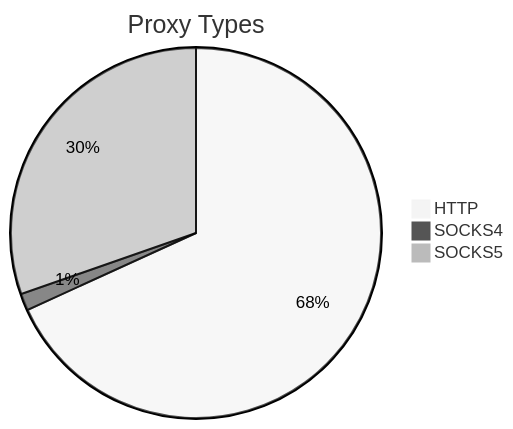
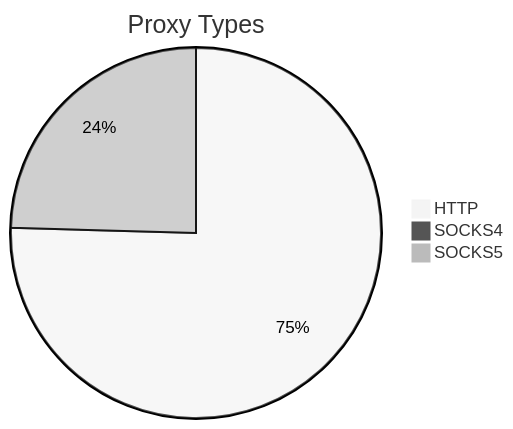
The first of 2 diagrams in README.md (stormsia/proxy-list), drawn with Mermaid (neutral theme) before and after one commit. The commit also changed other lines of this file, not shown here.

````diff
--- a/README.md
+++ b/README.md
@@ -21,6 +21,6 @@
 ```mermaid
 pie title Proxy Types
-    "HTTP" : 1573
-    "SOCKS4" : 34
-    "SOCKS5" : 700
+    "HTTP" : 1654
+    "SOCKS4" : 21
+    "SOCKS5" : 538
 ```
````
